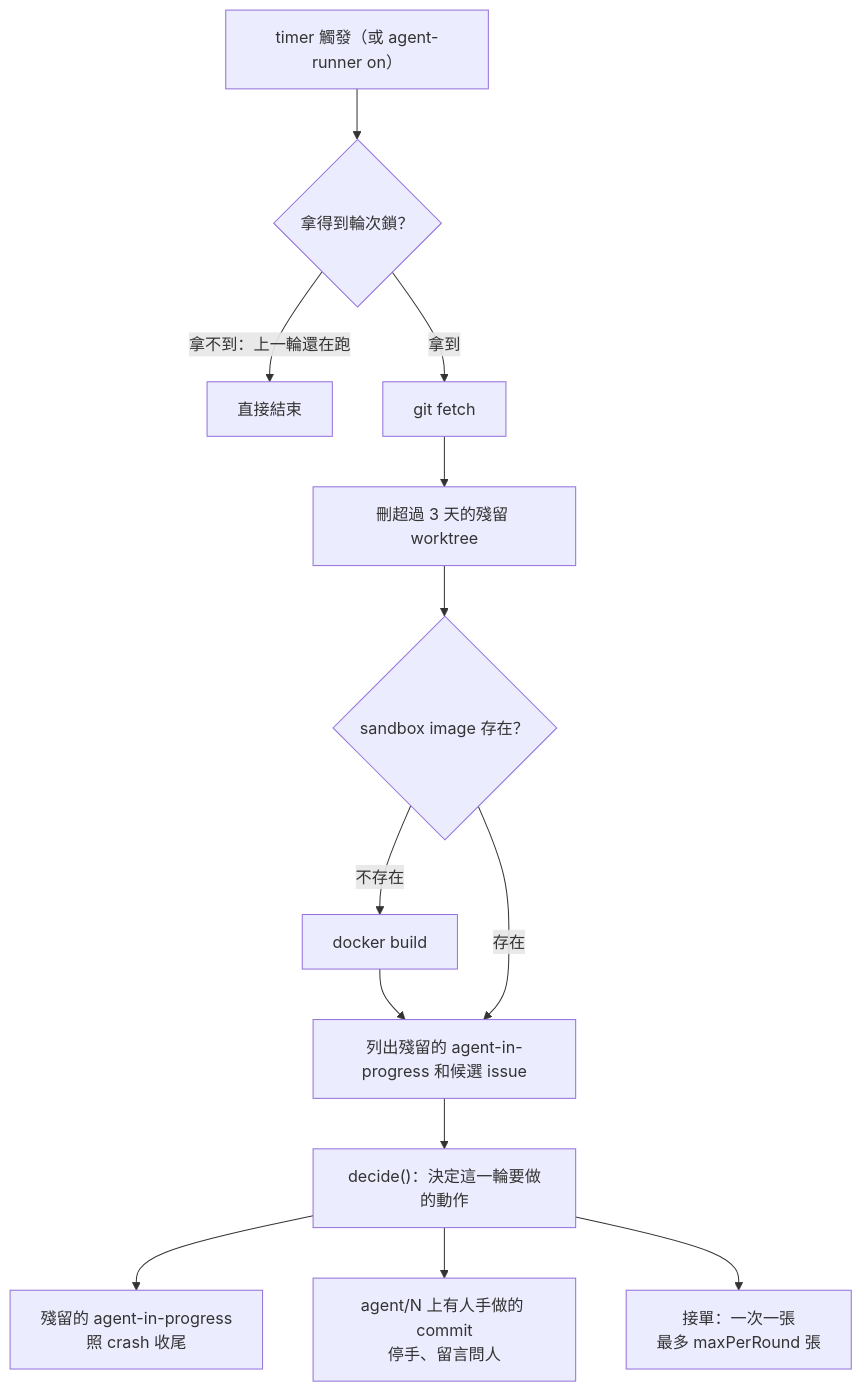
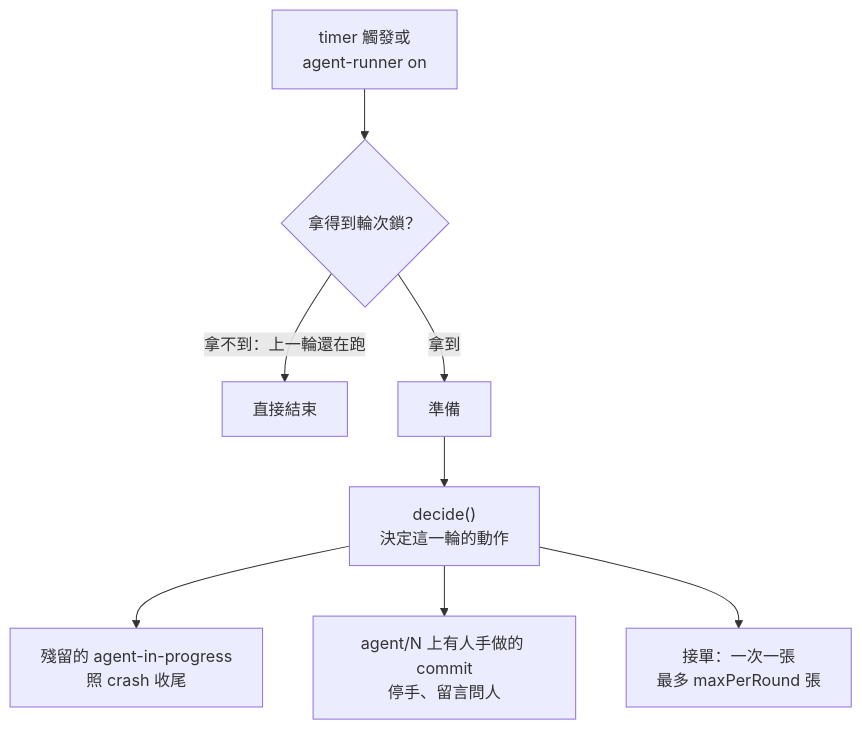
One commit to henry5720/agent-runner changed the second of 5 diagrams in README.md. Above: the diagram before and after it, drawn with Mermaid. The commit also changed other lines of this file, not shown here.

First line of the commit message:
docs: README 的圖照畫圖規則改，並對齊整合分支的行為

````diff
--- a/README.md
+++ b/README.md
@@ -32,14 +32,10 @@
 ```mermaid
 flowchart TD
-  T["timer 觸發（或 agent-runner on）"] --> L{"拿得到輪次鎖？"}
+  T["timer 觸發或<br/>agent-runner on"] --> L{"拿得到輪次鎖？"}
   L -- "拿不到：上一輪還在跑" --> X["直接結束"]
-  L -- "拿到" --> F["git fetch"]
-  F --> W["刪超過 3 天的殘留 worktree"]
-  W --> I{"sandbox image 存在？"}
-  I -- "不存在" --> IB["docker build"] --> S
-  I -- "存在" --> S["列出殘留的 agent-in-progress 和候選 issue"]
-  S --> D["decide()：決定這一輪要做的動作"]
+  L -- "拿到" --> P["準備"]
+  P --> D["decide()<br/>決定這一輪的動作"]
   D --> A1["殘留的 agent-in-progress<br/>照 crash 收尾"]
   D --> A2["agent/N 上有人手做的 commit<br/>停手、留言問人"]
   D --> A3["接單：一次一張<br/>最多 maxPerRound 張"]
 ```
````
